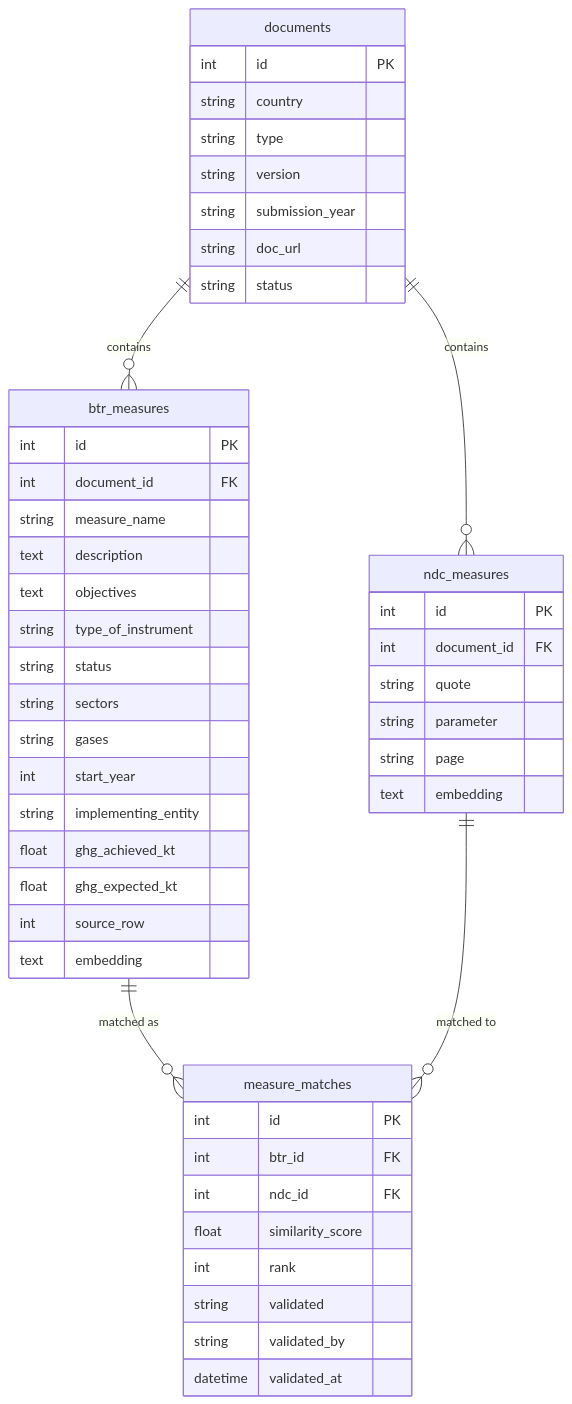
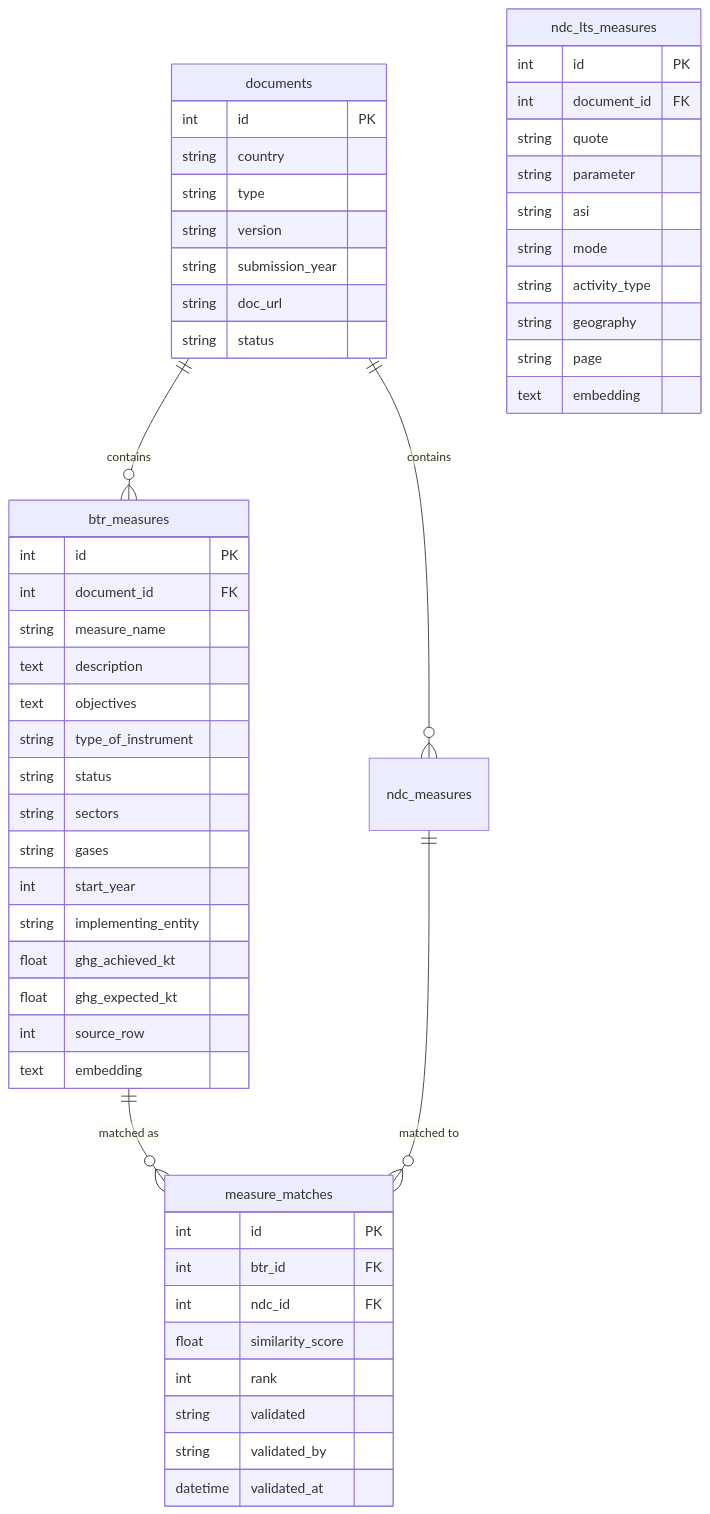
One commit to Changing-Transport/btr-analysis changed the diagram in README.md. Above: the diagram before and after it, drawn with Mermaid.

Commit message:
Add new fields to ndc_lts_measures structure

````diff
--- a/README.md
+++ b/README.md
@@ -23,55 +23,59 @@
 ```mermaid
 erDiagram
   documents {
     int id PK
     string country
     string type
     string version
     string submission_year
     string doc_url
     string status
   }
 
   btr_measures {
     int id PK
     int document_id FK
     string measure_name
     text description
     text objectives
     string type_of_instrument
     string status
     string sectors
     string gases
     int start_year
     string implementing_entity
     float ghg_achieved_kt
     float ghg_expected_kt
     int source_row
     text embedding
   }
 
-  ndc_measures {
+  ndc_lts_measures {
     int id PK
     int document_id FK
     string quote
     string parameter
+    string asi
+    string mode
+    string activity_type
+    string geography
     string page
     text embedding
   }
 
   measure_matches {
     int id PK
     int btr_id FK
     int ndc_id FK
     float similarity_score
     int rank
     string validated
     string validated_by
     datetime validated_at
   }
 
   documents ||--o{ btr_measures : "contains"
   documents ||--o{ ndc_measures : "contains"
   btr_measures ||--o{ measure_matches : "matched as"
   ndc_measures ||--o{ measure_matches : "matched to"
 ```
````
